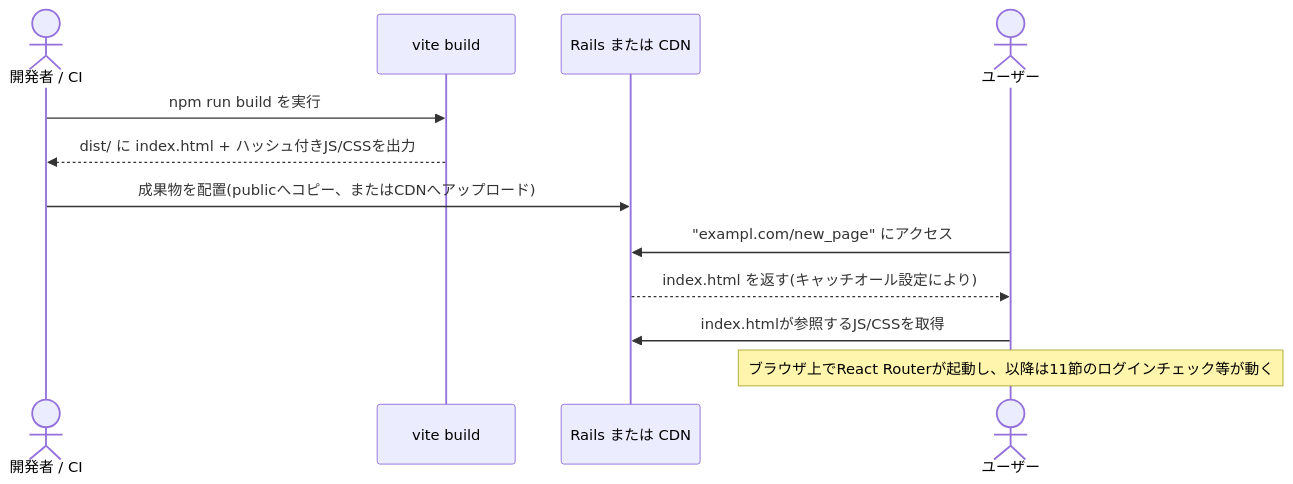
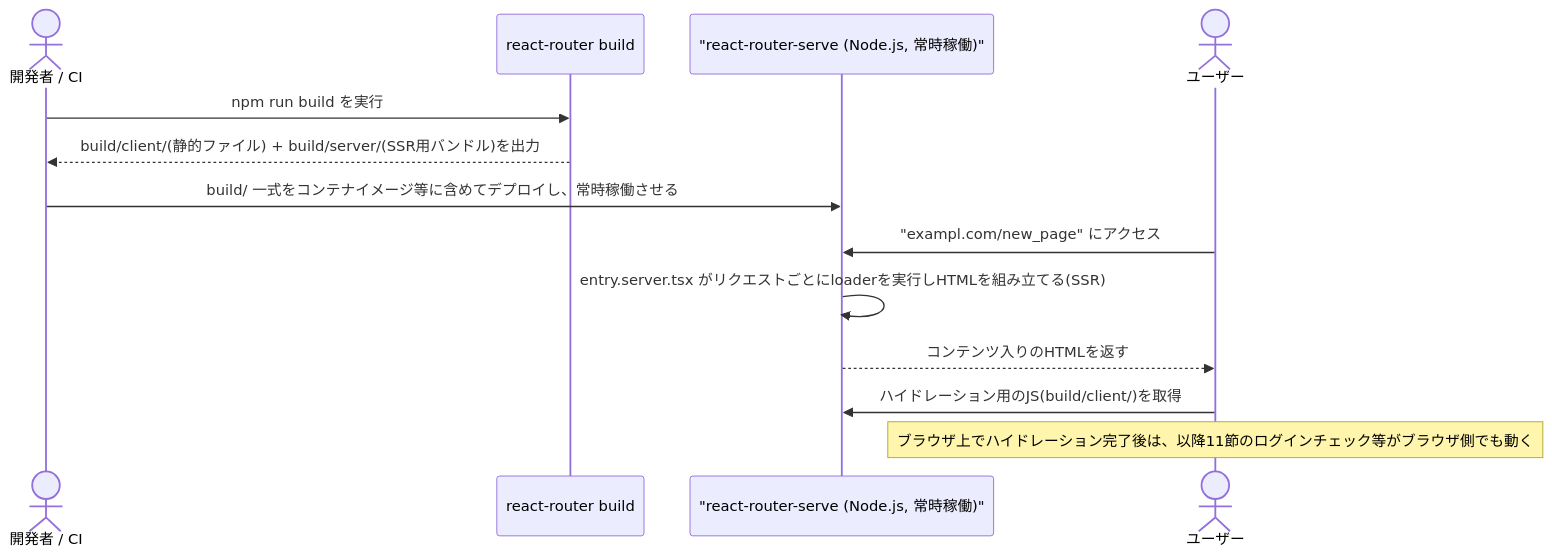
One commit to to0526/rr8-rails-poc changed the seventh of 7 diagrams in docs/frontend-guide-for-rails-engineers.md. Above: the diagram before and after it, drawn with Mermaid. The commit also changed other lines of this file, not shown here.

First line of the commit message:
PR20: frontend-guide-for-rails-engineers.mdをFramework Mode前提に全面更新

````diff
--- a/docs/frontend-guide-for-rails-engineers.md
+++ b/docs/frontend-guide-for-rails-engineers.md
@@ -751,16 +932,17 @@
 ```mermaid
 sequenceDiagram
     actor Dev as 開発者 / CI
-    participant Build as vite build
-    participant Server as Rails または CDN
+    participant Build as react-router build
+    participant Server as "react-router-serve (Node.js, 常時稼働)"
     actor User as ユーザー
 
     Dev->>Build: npm run build を実行
-    Build-->>Dev: dist/ に index.html + ハッシュ付きJS/CSSを出力
-    Dev->>Server: 成果物を配置(publicへコピー、またはCDNへアップロード)
+    Build-->>Dev: build/client/(静的ファイル) + build/server/(SSR用バンドル)を出力
+    Dev->>Server: build/ 一式をコンテナイメージ等に含めてデプロイし、常時稼働させる
 
     User->>Server: "exampl.com/new_page" にアクセス
-    Server-->>User: index.html を返す(キャッチオール設定により)
-    User->>Server: index.htmlが参照するJS/CSSを取得
-    Note over User: ブラウザ上でReact Routerが起動し、以降は11節のログインチェック等が動く
+    Server->>Server: entry.server.tsx がリクエストごとにloaderを実行しHTMLを組み立てる(SSR)
+    Server-->>User: コンテンツ入りのHTMLを返す
+    User->>Server: ハイドレーション用のJS(build/client/)を取得
+    Note over User: ブラウザ上でハイドレーション完了後は、以降11節のログインチェック等がブラウザ側でも動く
 ```
````
